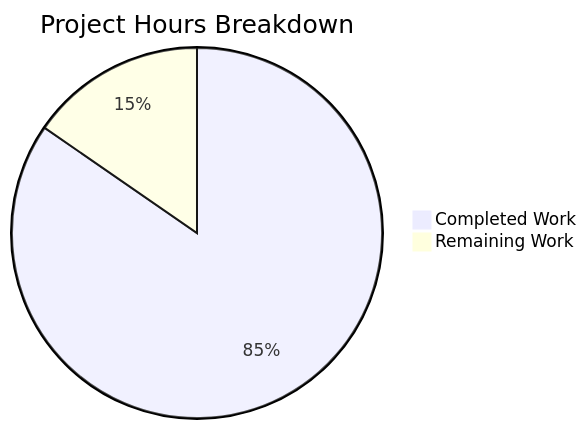
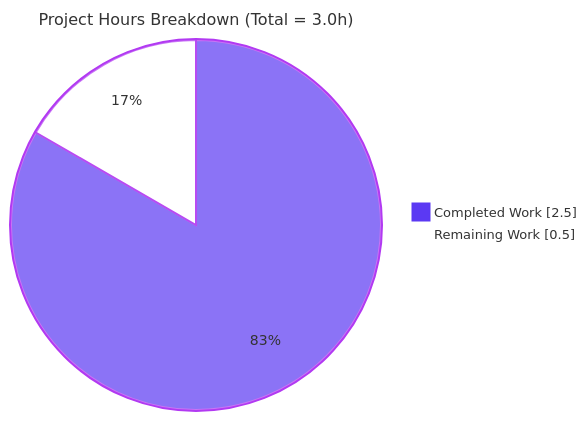
Before and after one commit to TestadoBlitzy/Existing-product: the second of 3 diagrams in blitzy/documentation/Project Guide.md, drawn with Mermaid. The commit also changed other lines of this file, not shown here.

Commit message:
Adding Blitzy Project Guide: Project Status and Human Tasks Remaining

````diff
--- a/blitzy/documentation/Project Guide.md
+++ b/blitzy/documentation/Project Guide.md
@@ -185,5 +246,6 @@
 ```mermaid
-pie title Project Hours Breakdown
-    "Completed Work" : 11
-    "Remaining Work" : 2
+%%{init: {'theme':'base', 'themeVariables': {'pie1':'#5B39F3', 'pie2':'#FFFFFF', 'pieStrokeColor':'#B23AF2', 'pieOuterStrokeColor':'#B23AF2', 'pieTitleTextSize':'16px', 'pieSectionTextSize':'14px', 'pieLegendTextSize':'13px'}}}%%
+pie showData title Project Hours Breakdown (Total = 3.0h)
+    "Completed Work" : 2.5
+    "Remaining Work" : 0.5
 ```
````
